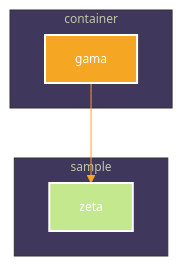
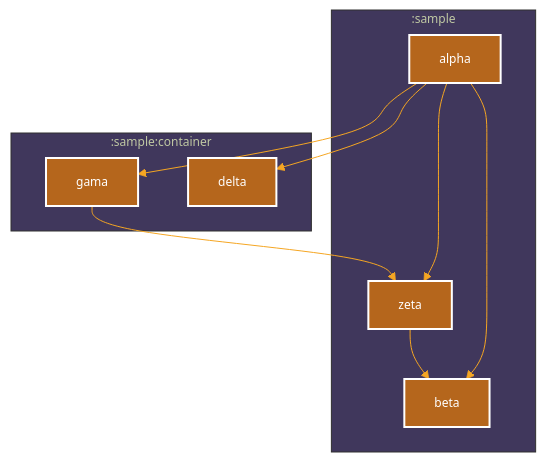
The diagram in sample/README.md (iurysza/module-graph), drawn with Mermaid before and after one commit. The commit also changed other lines of this file and 18 other files, not shown here.

````diff
--- a/sample/README.md
+++ b/sample/README.md
@@ -3,24 +8,33 @@
 ```mermaid
 %%{
   init: {
     'theme': 'base',
     'themeVariables': {"primaryTextColor":"#F6F8FAff","primaryColor":"#5a4f7c","primaryBorderColor":"#5a4f7c","tertiaryColor":"#40375c","lineColor":"#f5a623","fontSize":"12px"}
   }
 }%%
 
 graph TB
-  subgraph container
-    gama
+  subgraph :sample
+    :sample:zeta["zeta"]
+    :sample:beta["beta"]
+    :sample:alpha["alpha"]
   end
-  subgraph sample
-    zeta
+  subgraph :sample:container
+    :sample:container:gama["gama"]
+    :sample:container:delta["delta"]
   end
-  gama --> zeta
+  :sample:container:gama --> :sample:zeta
+  :sample:zeta --> :sample:beta
+  :sample:alpha --> :sample:zeta
+  :sample:alpha --> :sample:beta
+  :sample:alpha --> :sample:container:gama
+  :sample:alpha --> :sample:container:delta
 
-classDef java fill:#C3E88D,stroke:#fff,stroke-width:2px,color:#fff;
-class gama java
-class zeta java
+classDef java fill:#B5661C,stroke:#fff,stroke-width:2px,color:#fff;
+class :sample:container:gama java
+class :sample:zeta java
+class :sample:beta java
+class :sample:alpha java
+class :sample:container:delta java
 
-classDef focus fill:#F5A622,stroke:#fff,stroke-width:2px,color:#fff;
-class gama focus
 ```
````
